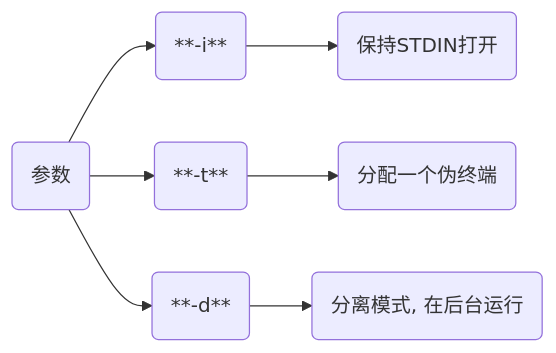
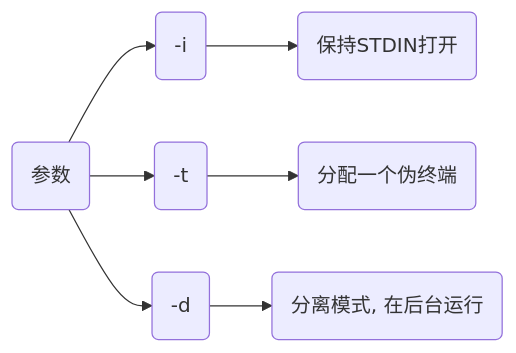
Before and after one commit to dmjcb/dmjcb.github.io: the first of 3 diagrams in _posts/Software/Docker/2024-09-04-docekr-镜像容器指令.md, drawn with Mermaid. The commit also changed 37 other files, not shown here.

Commit message:
增加动态库博客中说明图片

````diff
--- a/_posts/Software/Docker/2024-09-04-docekr-镜像容器指令.md
+++ b/_posts/Software/Docker/2024-09-04-docekr-镜像容器指令.md
@@ -179,7 +179,7 @@
 ```mermaid
 graph LR;
     P(参数)
-    P-->I(**-i**)-->I1(保持STDIN打开)
-    P-->T(**-t**)-->T1(分配一个伪终端)
-    P-->D(**-d**)-->D1(分离模式, 在后台运行)
+    P-->I("-i")-->I1(保持STDIN打开)
+    P-->T("-t")-->T1(分配一个伪终端)
+    P-->D("-d")-->D1(分离模式, 在后台运行)
 ```
````
